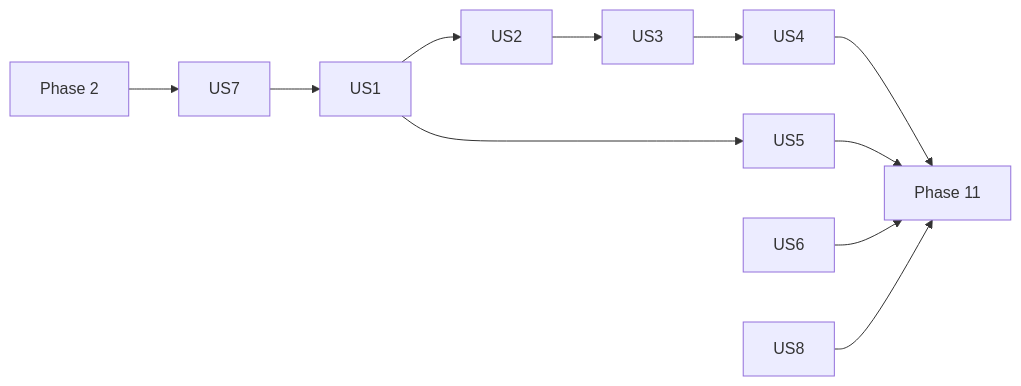
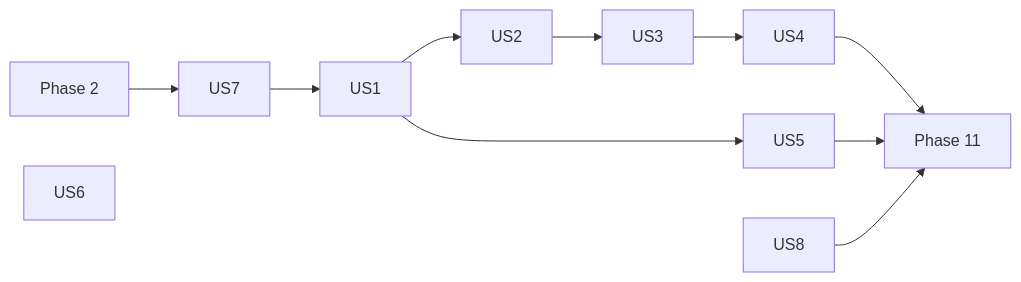
Before and after one commit to Azurioh/discord-kernel: the diagram in specs/002-bot-bootstrap/tasks.md, drawn with Mermaid. The commit also changed other lines of this file and 35 other files, not shown here.

````diff
--- a/specs/002-bot-bootstrap/tasks.md
+++ b/specs/002-bot-bootstrap/tasks.md
@@ -255,13 +255,12 @@
 ```mermaid
 graph LR
   F[Phase 2] --> US7
   US7 --> US1
   US8
   US1 --> US5
   US1 --> US2 --> US3 --> US4
   US6
   US4 --> P[Phase 11]
   US5 --> P
-  US6 --> P
   US8 --> P
 ```
````
